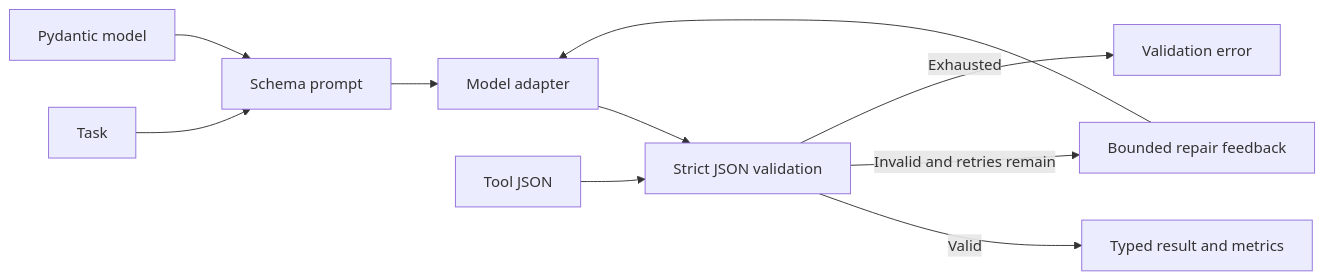
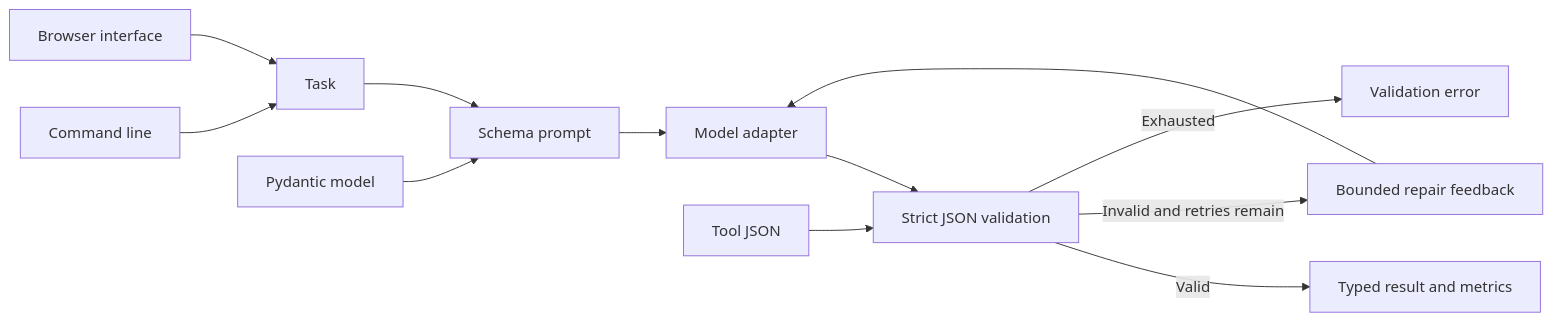
Before and after one commit to kh-bikash/structured-output-agent: the diagram in README.md, drawn with Mermaid. The commit also changed other lines of this file and 11 other files, not shown here.

Commit message:
Ship runnable CLI and browser product

````diff
--- a/README.md
+++ b/README.md
@@ -42,12 +44,14 @@
 ```mermaid
 flowchart LR
+    CLI[Command line] --> Task
+    Browser[Browser interface] --> Task
     Task[Task] --> Prompt[Schema prompt]
     Schema[Pydantic model] --> Prompt
     Prompt --> LLM[Model adapter]
     LLM --> Validate[Strict JSON validation]
     Tool[Tool JSON] --> Validate
     Validate -->|Valid| Typed[Typed result and metrics]
     Validate -->|Invalid and retries remain| Repair[Bounded repair feedback]
     Repair --> LLM
     Validate -->|Exhausted| Error[Validation error]
 ```
````
